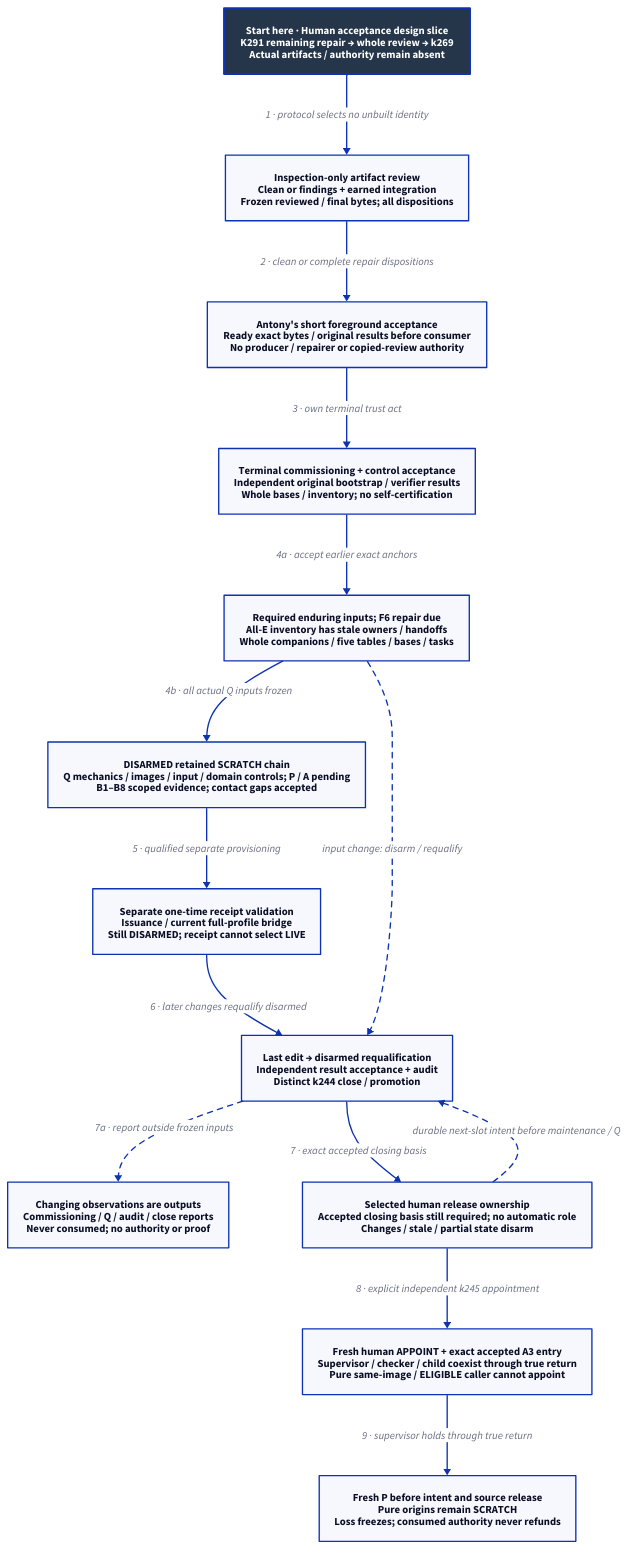
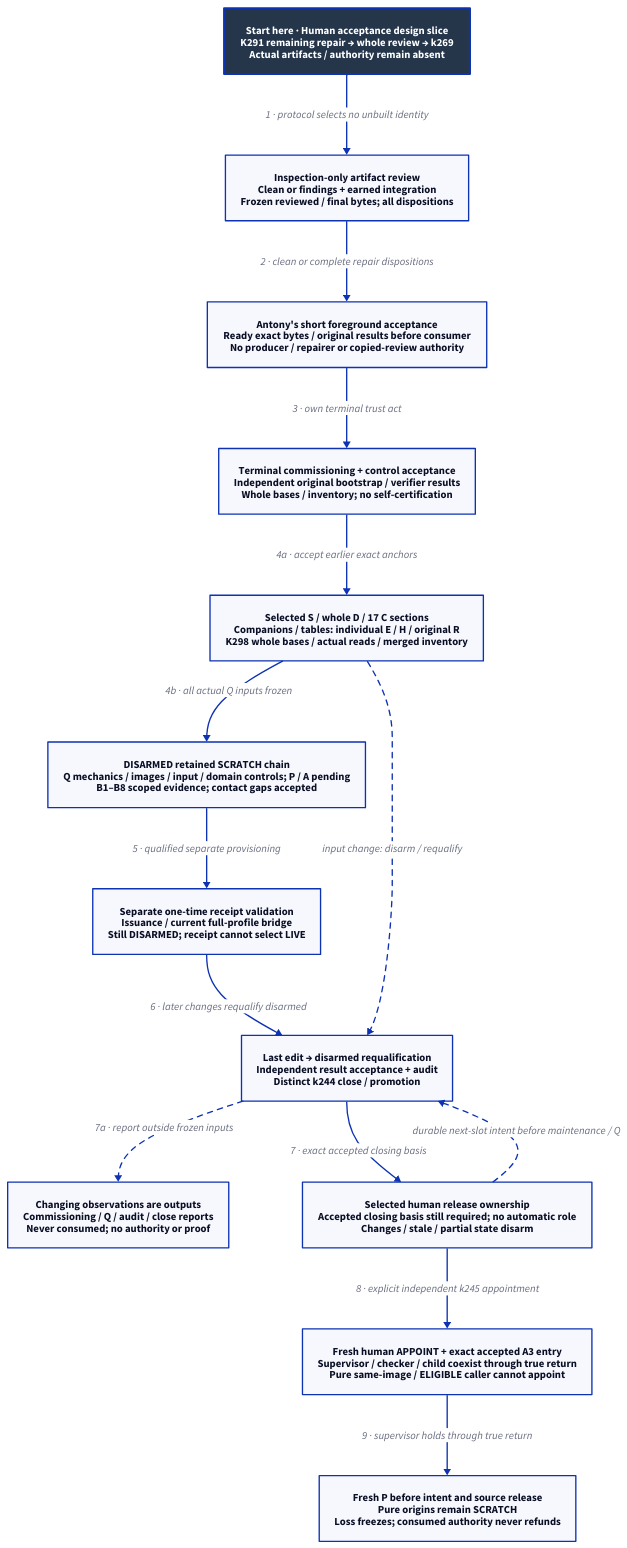
The diagram in docs/design/architecture/native-reference-proof.d2 (Linkuistics/Koine), drawn with D2 before and after one commit. The commit also changed 14 other files, not shown here.

Commit message:
Partition selected reference inputs (reference-evidence-selected-inputs-k300, reference-evidence-normative-inputs-k297)

```diff
--- a/docs/design/architecture/native-reference-proof.d2
+++ b/docs/design/architecture/native-reference-proof.d2
@@ -1,30 +1,30 @@
 # Proposed dependency flow; root, tools and controls remain unqualified.
 direction: down
 classes: {
   start: {style: {fill: "#25364B"; font-color: "#FFFFFF"; bold: true; stroke-width: 3}}
 }
 Start: "Start here · Human acceptance design slice\nK291 remaining repair → whole review → k269\nActual artifacts / authority remain absent" {class: start}
 Review: "Inspection-only artifact review\nClean or findings + earned integration\nFrozen reviewed / final bytes; all dispositions"
 Owner: "Antony's short foreground acceptance\nReady exact bytes / original results before consumer\nNo producer / repairer or copied-review authority"
 Self: "Terminal commissioning + control acceptance\nIndependent original bootstrap / verifier results\nWhole bases / inventory; no self-certification"
 Qualification: "DISARMED retained SCRATCH chain\nQ mechanics / images / input / domain controls; P / A pending\nB1–B8 scoped evidence; contact gaps accepted"
-Inputs: "Required enduring inputs; F6 repair due\nAll-E inventory has stale owners / handoffs\nWhole companions / five tables / bases / tasks"
+Inputs: "Selected S / whole D / 17 C sections\nCompanions / tables: individual E / H / original R\nK298 whole bases / actual reads / merged inventory"
 Report: "Changing observations are outputs\nCommissioning / Q / audit / close reports\nNever consumed; no authority or proof"
 Receipt: "Separate one-time receipt validation\nIssuance / current full-profile bridge\nStill DISARMED; receipt cannot select LIVE"
 Final: "Last edit → disarmed requalification\nIndependent result acceptance + audit\nDistinct k244 close / promotion"
 Release: "Selected human release ownership\nAccepted closing basis still required; no automatic role\nChanges / stale / partial state disarm"
 Channel: "Fresh human APPOINT + exact accepted A3 entry\nSupervisor / checker / child coexist through true return\nPure same-image / ELIGIBLE caller cannot appoint"
 Boundary: "Fresh P before intent and source release\nPure origins remain SCRATCH\nLoss freezes; consumed authority never refunds"
 Start -> Review: "1 · protocol selects no unbuilt identity"
 Review -> Owner: "2 · clean or complete repair dispositions"
 Owner -> Self: "3 · own terminal trust act"
 Self -> Inputs: "4a · accept earlier exact anchors"
 Inputs -> Qualification: "4b · all actual Q inputs frozen"
 Qualification -> Receipt: "5 · qualified separate provisioning"
 Receipt -> Final: "6 · later changes requalify disarmed"
 Final -> Release: "7 · exact accepted closing basis"
 Final -> Report: "7a · report outside frozen inputs" {style.stroke-dash: 4}
 Inputs -> Final: "input change: disarm / requalify" {style.stroke-dash: 4}
 Release -> Final: "durable next-slot intent before maintenance / Q" {style.stroke-dash: 4}
 Release -> Channel: "8 · explicit independent k245 appointment"
 Channel -> Boundary: "9 · supervisor holds through true return"
```
